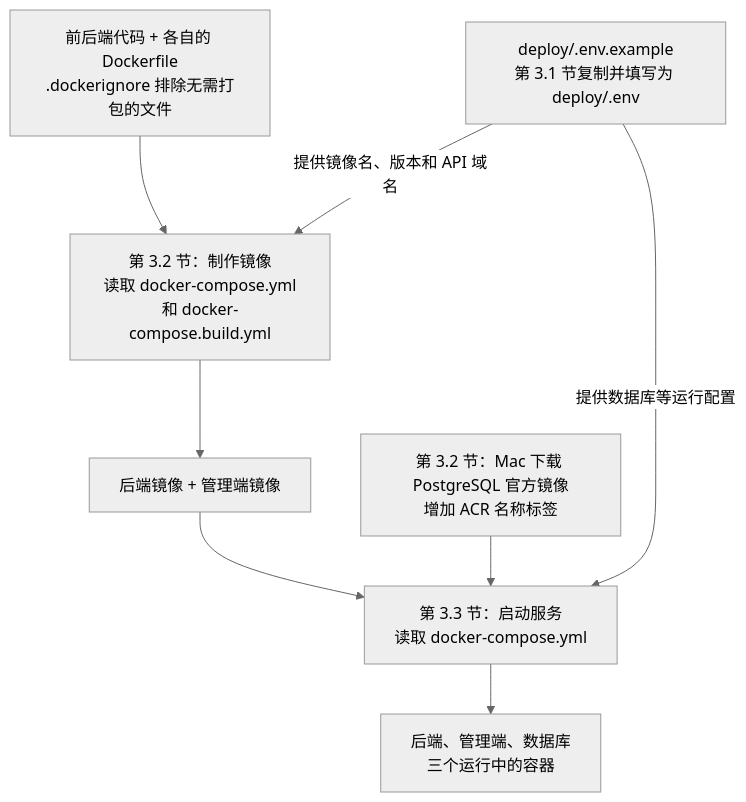
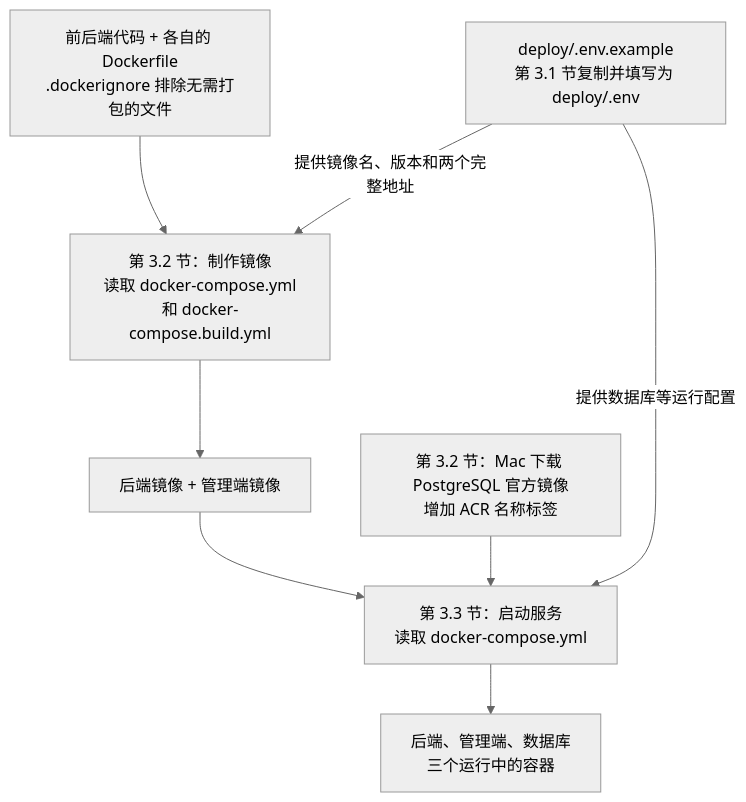
The fifth of 9 diagrams in backend/backend-system-learning/20A-用宝塔和Docker-Compose部署MiniCMS.md (jiajianhui/learning-notes), drawn with Mermaid (neutral theme) before and after one commit. The commit also changed other lines of this file and 2 other files, not shown here.

Commit message:
docs: 统一管理端API与图片上传地址配置; 由AI提交🌟

````diff
--- a/backend/backend-system-learning/20A-用宝塔和Docker-Compose部署MiniCMS.md
+++ b/backend/backend-system-learning/20A-用宝塔和Docker-Compose部署MiniCMS.md
@@ -243,17 +243,17 @@
 ```mermaid
 flowchart TD
     S["前后端代码 + 各自的 Dockerfile<br/>.dockerignore 排除无需打包的文件"]
     E["deploy/.env.example<br/>第 3.1 节复制并填写为 deploy/.env"]
     B["第 3.2 节：制作镜像<br/>读取 docker-compose.yml<br/>和 docker-compose.build.yml"]
     I["后端镜像 + 管理端镜像"]
     P["第 3.2 节：Mac 下载 PostgreSQL 官方镜像<br/>增加 ACR 名称标签"]
     R["第 3.3 节：启动服务<br/>读取 docker-compose.yml"]
     C["后端、管理端、数据库<br/>三个运行中的容器"]
     S --> B
-    E -->|提供镜像名、版本和 API 域名| B
+    E -->|提供镜像名、版本和两个完整地址| B
     B --> I
     I --> R
     P --> R
     E -->|提供数据库等运行配置| R
     R --> C
 ```
````
